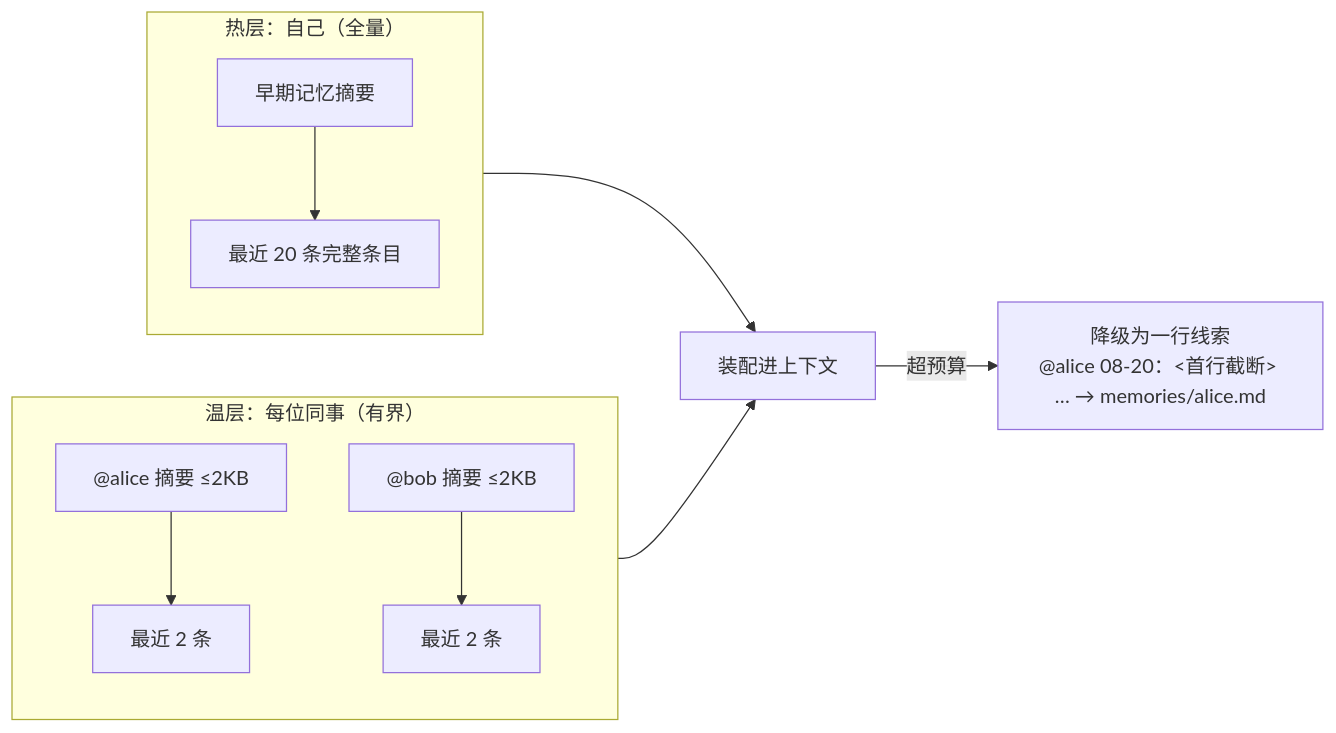
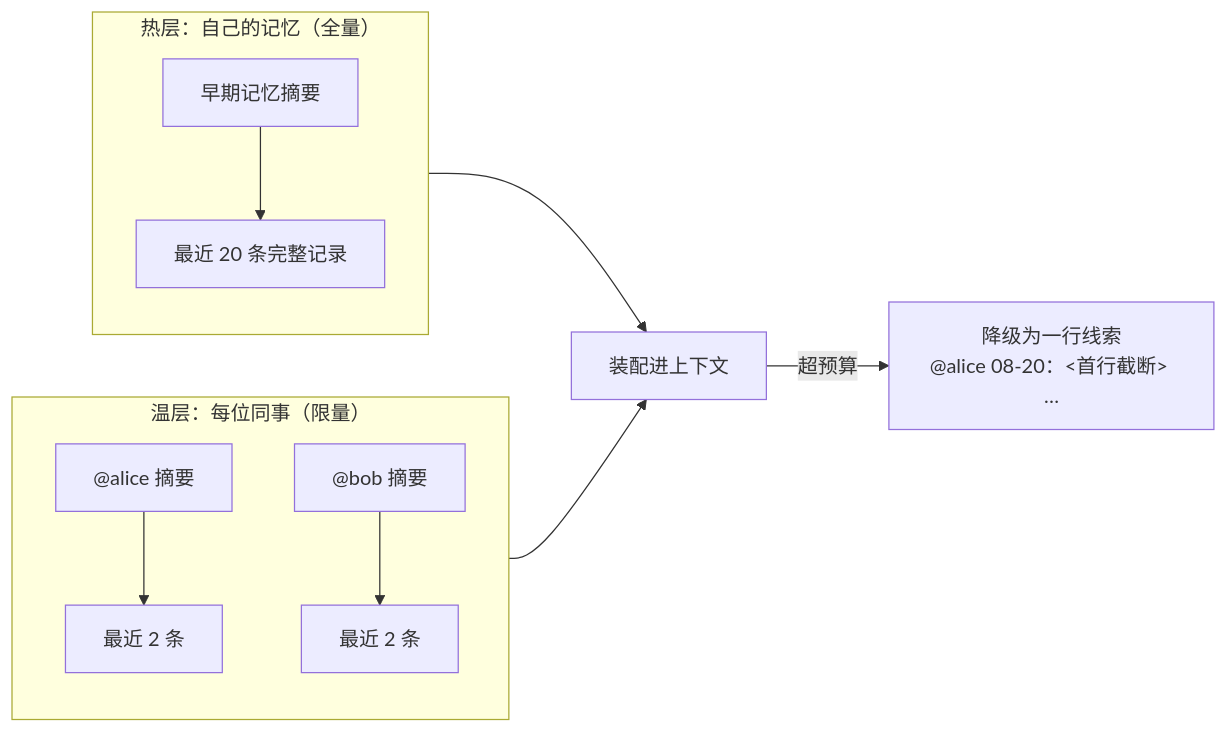
The diagram in docs/articles/CodeWiki-Plus系列10：一个人用是记忆，一群人用才是资产——知识库团队化的两昼夜.md (mambo-wang/CodeWiki-Plus), drawn with Mermaid before and after one commit. The commit also changed other lines of this file, not shown here.

````diff
--- a/docs/articles/CodeWiki-Plus系列10：一个人用是记忆，一群人用才是资产——知识库团队化的两昼夜.md
+++ b/docs/articles/CodeWiki-Plus系列10：一个人用是记忆，一群人用才是资产——知识库团队化的两昼夜.md
@@ -128,13 +128,13 @@
 ```mermaid
 flowchart LR
-    subgraph HOT["热层：自己（全量）"]
-        A["早期记忆摘要"] --> B["最近 20 条完整条目"]
+    subgraph HOT["热层：自己的记忆（全量）"]
+        A["早期记忆摘要"] --> B["最近 20 条完整记录"]
     end
-    subgraph WARM["温层：每位同事（有界）"]
-        C["@alice 摘要 ≤2KB"] --> D["最近 2 条"]
-        E["@bob 摘要 ≤2KB"] --> F["最近 2 条"]
+    subgraph WARM["温层：每位同事（限量）"]
+        C["@alice 摘要"] --> D["最近 2 条"]
+        E["@bob 摘要"] --> F["最近 2 条"]
     end
     HOT --> G[装配进上下文]
     WARM --> G
-    G -->|超预算| H["降级为一行线索<br/>@alice 08-20：&lt;首行截断&gt; … → memories/alice.md"]
+    G -->|超预算| H["降级为一行线索<br/>@alice 08-20：&lt;首行截断&gt; …"]
 ```
````
